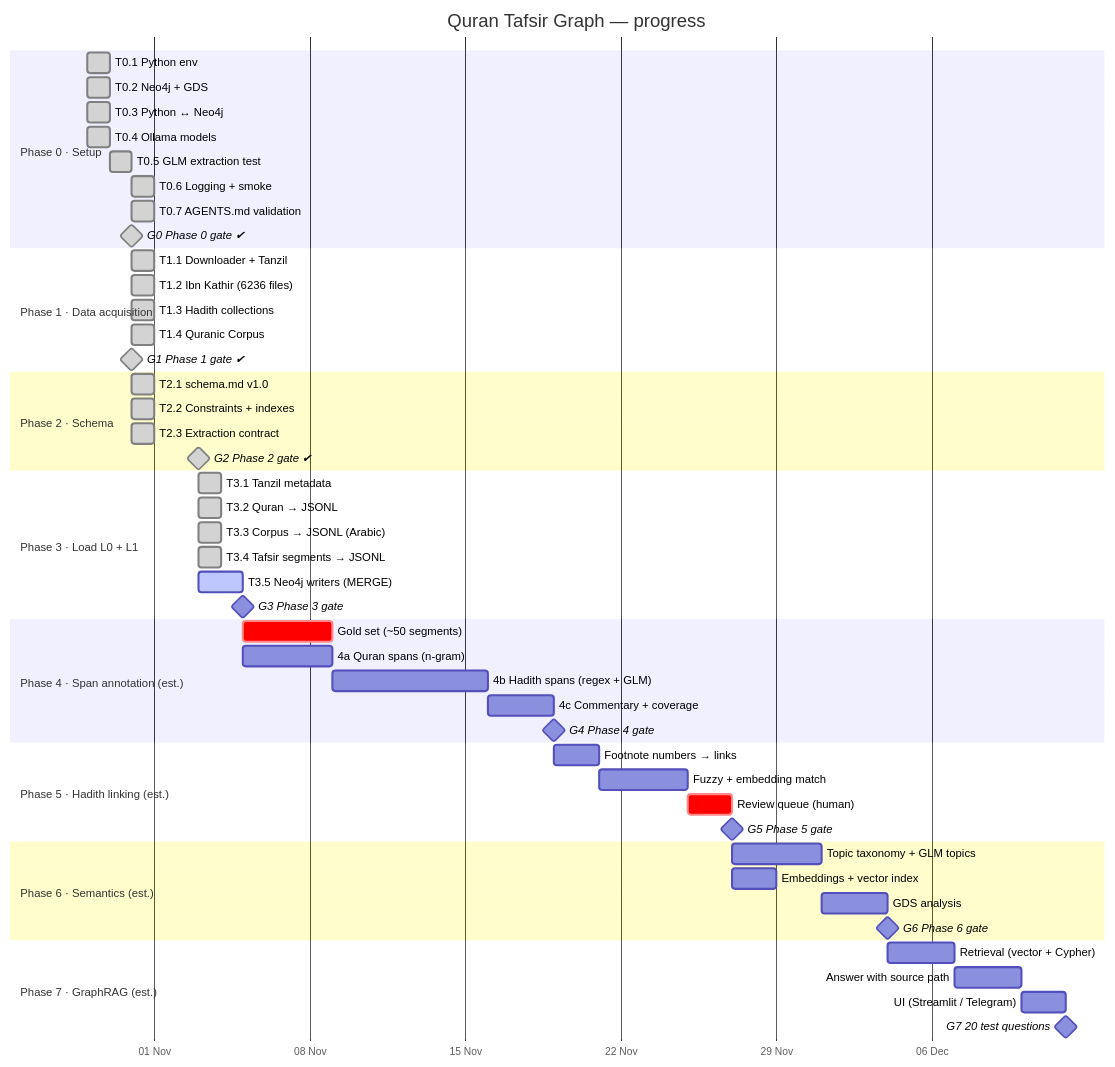
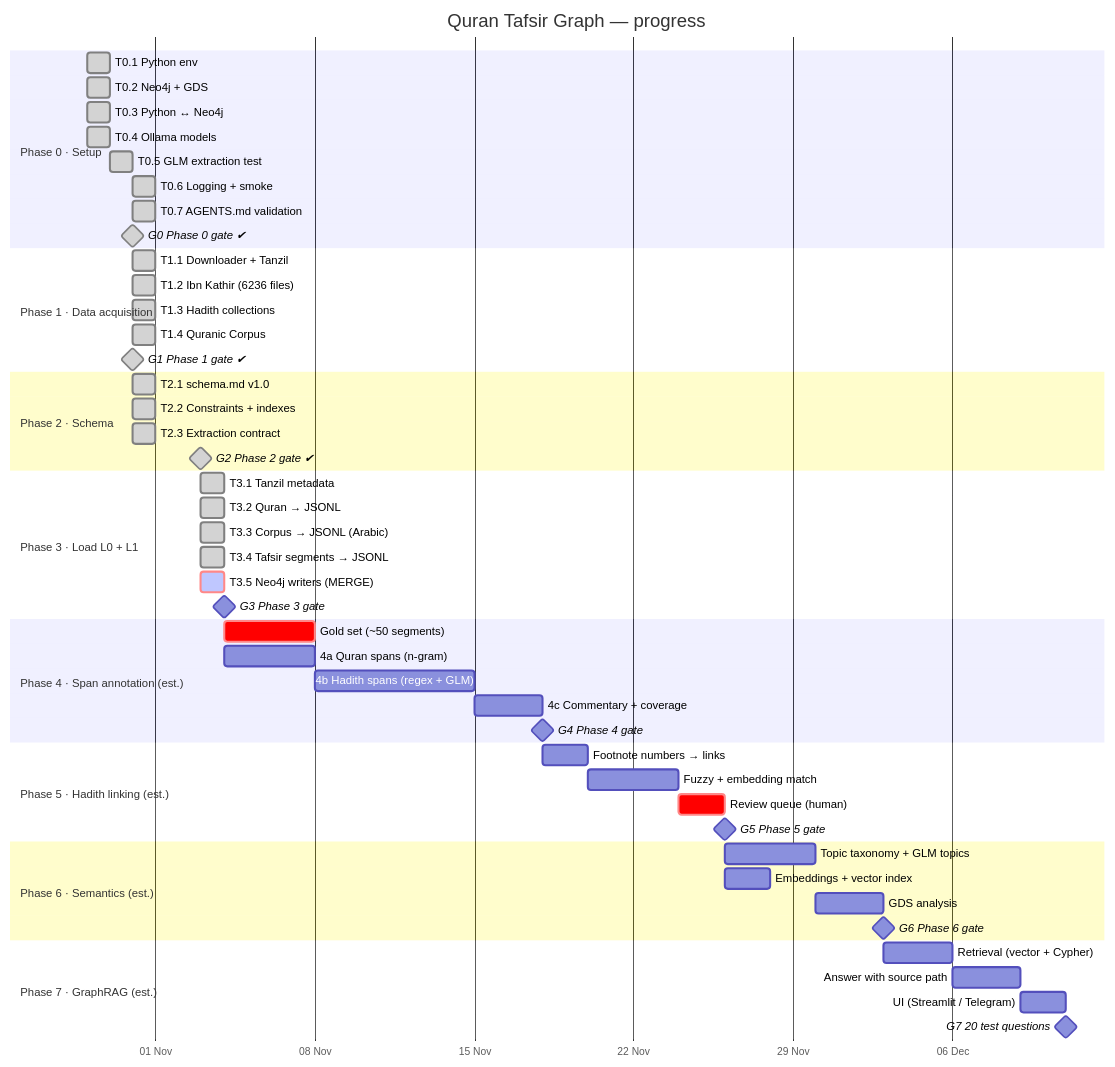
One commit to mohamed-soubhi/quran-graph changed the diagram in docs/GANTT.md. Above: the diagram before and after it, drawn with Mermaid. The commit also changed other lines of this file and 3 other files, not shown here.

````diff
--- a/docs/GANTT.md
+++ b/docs/GANTT.md
@@ -9,63 +9,63 @@
 ```mermaid
 gantt
     title Quran Tafsir Graph — progress
     dateFormat YYYY-MM-DD
     axisFormat %d %b
     todayMarker stroke-width:3px,stroke:#d33
 
     section Phase 0 · Setup
     T0.1 Python env                 :done, t01, 2026-10-29, 1d
     T0.2 Neo4j + GDS                :done, t02, 2026-10-29, 1d
     T0.3 Python ↔ Neo4j             :done, t03, 2026-10-29, 1d
     T0.4 Ollama models              :done, t04, 2026-10-29, 1d
     T0.5 GLM extraction test        :done, t05, 2026-10-30, 1d
     T0.6 Logging + smoke            :done, t06, 2026-10-31, 1d
     T0.7 AGENTS.md validation       :done, t07, 2026-10-31, 1d
     G0 Phase 0 gate ✔               :milestone, done, g0, 2026-10-31, 0d
 
     section Phase 1 · Data acquisition
     T1.1 Downloader + Tanzil        :done, t11, 2026-10-31, 1d
     T1.2 Ibn Kathir (6236 files)    :done, t12, 2026-10-31, 1d
     T1.3 Hadith collections         :done, t13, 2026-10-31, 1d
     T1.4 Quranic Corpus            :done, t14, 2026-10-31, 1d
     G1 Phase 1 gate ✔               :milestone, done, g1, 2026-10-31, 0d
 
     section Phase 2 · Schema
     T2.1 schema.md v1.0            :done, t21, 2026-10-31, 1d
     T2.2 Constraints + indexes      :done, t22, 2026-10-31, 1d
     T2.3 Extraction contract        :done, t23, 2026-10-31, 1d
     G2 Phase 2 gate ✔               :milestone, done, g2, 2026-11-03, 0d
 
     section Phase 3 · Load L0 + L1
     T3.1 Tanzil metadata            :done, t31, 2026-11-03, 1d
     T3.2 Quran → JSONL              :done, t32, 2026-11-03, 1d
     T3.3 Corpus → JSONL (Arabic)    :done, t33, 2026-11-03, 1d
     T3.4 Tafsir segments → JSONL    :done, t34, 2026-11-03, 1d
-    T3.5 Neo4j writers (MERGE)      :active, p3b, 2026-11-03, 2d
+    T3.5 Neo4j writers (MERGE)      :crit, active, p3b, 2026-11-03, 1d
     G3 Phase 3 gate                 :milestone, g3, after p3b, 0d
 
     section Phase 4 · Span annotation (est.)
     Gold set (~50 segments)         :crit, p4g, after g3, 4d
     4a Quran spans (n-gram)         :p4a, after g3, 4d
     4b Hadith spans (regex + GLM)   :p4b, after p4a, 7d
     4c Commentary + coverage        :p4c, after p4b, 3d
     G4 Phase 4 gate                 :milestone, g4, after p4c, 0d
 
     section Phase 5 · Hadith linking (est.)
     Footnote numbers → links        :p5a, after g4, 2d
     Fuzzy + embedding match         :p5b, after p5a, 4d
     Review queue (human)            :crit, p5c, after p5b, 2d
     G5 Phase 5 gate                 :milestone, g5, after p5c, 0d
 
     section Phase 6 · Semantics (est.)
     Topic taxonomy + GLM topics     :p6a, after g5, 4d
     Embeddings + vector index       :p6b, after g5, 2d
     GDS analysis                    :p6c, after p6a, 3d
     G6 Phase 6 gate                 :milestone, g6, after p6c, 0d
 
     section Phase 7 · GraphRAG (est.)
     Retrieval (vector + Cypher)     :p7a, after g6, 3d
     Answer with source path         :p7b, after p7a, 3d
     UI (Streamlit / Telegram)       :p7c, after p7b, 2d
     G7 20 test questions            :milestone, g7, after p7c, 0d
 ```
````
